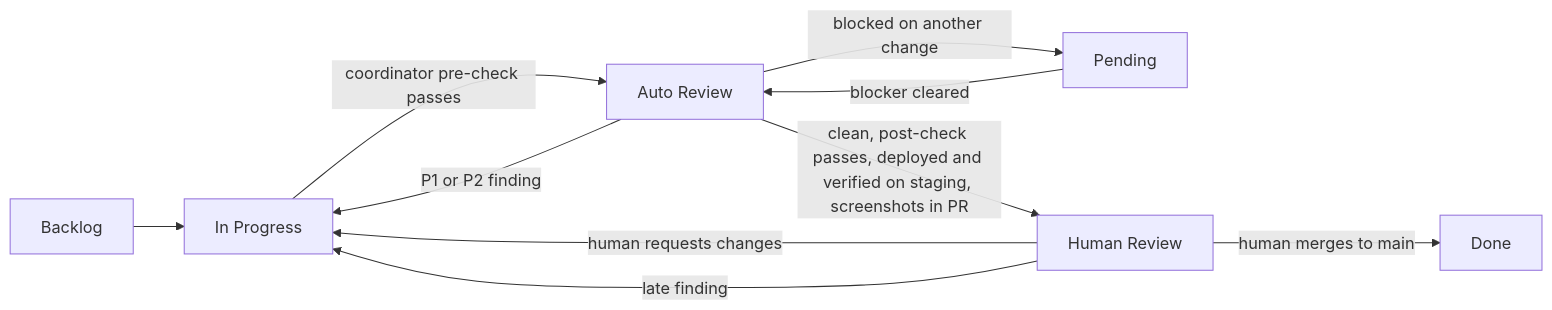
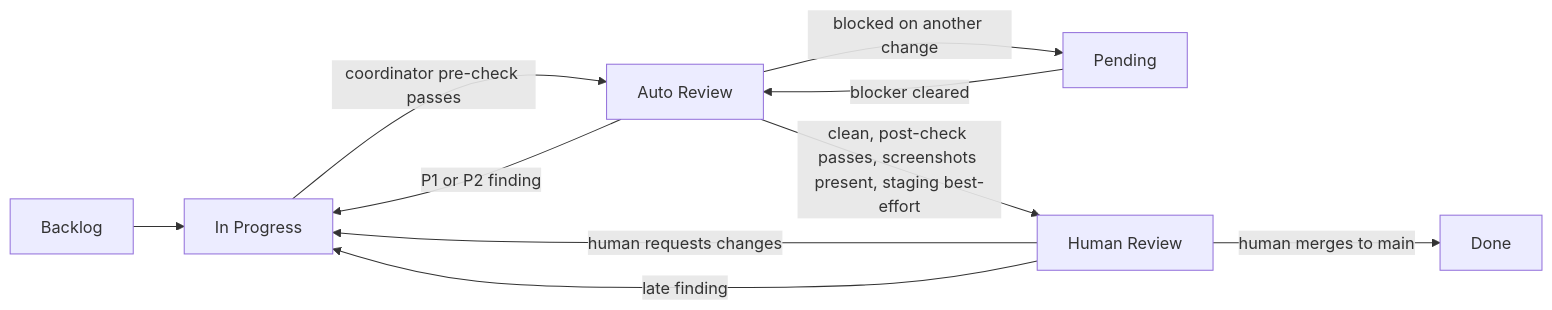
One commit to tangentcode/methodology changed the diagram in workflow.md. Above: the diagram before and after it, drawn with Mermaid. The commit also changed other lines of this file and 2 other files, not shown here.

First line of the commit message:
docs: existing screenshots count; staging deploy is best-effort

````diff
--- a/workflow.md
+++ b/workflow.md
@@ -26,12 +26,12 @@
 ```mermaid
 flowchart LR
     B[Backlog] --> IP[In Progress]
     IP -->|coordinator pre-check passes| AR[Auto Review]
     AR -->|P1 or P2 finding| IP
     AR -->|blocked on another change| P[Pending]
     P -->|blocker cleared| AR
-    AR -->|clean, post-check passes, deployed and verified on staging, screenshots in PR| HR[Human Review]
+    AR -->|clean, post-check passes, screenshots present, staging best-effort| HR[Human Review]
     HR -->|human requests changes| IP
     HR -->|late finding| IP
     HR -->|human merges to main| D[Done]
 ```
````
